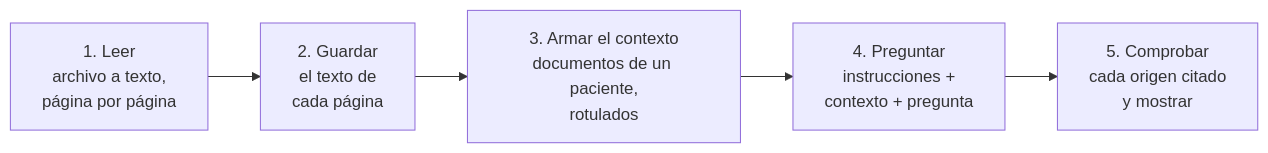
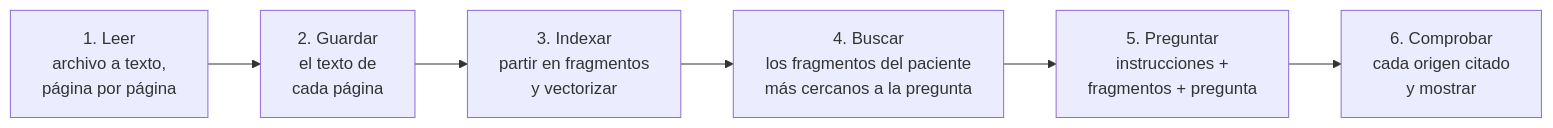
The first of 2 diagrams in diseno/07-como-se-construye-el-asistente.md (JAOSjavi/vitalia), drawn with Mermaid before and after one commit. The commit also changed other lines of this file and 19 other files, not shown here.

First line of the commit message:
El asistente busca fragmentos (RAG) en documentos y atenciones (D-30)

````diff
--- a/diseno/07-como-se-construye-el-asistente.md
+++ b/diseno/07-como-se-construye-el-asistente.md
@@ -24,7 +24,8 @@
 ```mermaid
 flowchart LR
     A["1. Leer<br/>archivo a texto,<br/>página por página"] --> B["2. Guardar<br/>el texto de<br/>cada página"]
-    B --> C["3. Armar el contexto<br/>documentos de un paciente,<br/>rotulados"]
-    C --> D["4. Preguntar<br/>instrucciones +<br/>contexto + pregunta"]
-    D --> E["5. Comprobar<br/>cada origen citado<br/>y mostrar"]
+    B --> C["3. Indexar<br/>partir en fragmentos<br/>y vectorizar"]
+    C --> D["4. Buscar<br/>los fragmentos del paciente<br/>más cercanos a la pregunta"]
+    D --> E["5. Preguntar<br/>instrucciones +<br/>fragmentos + pregunta"]
+    E --> F["6. Comprobar<br/>cada origen citado<br/>y mostrar"]
 ```
````
